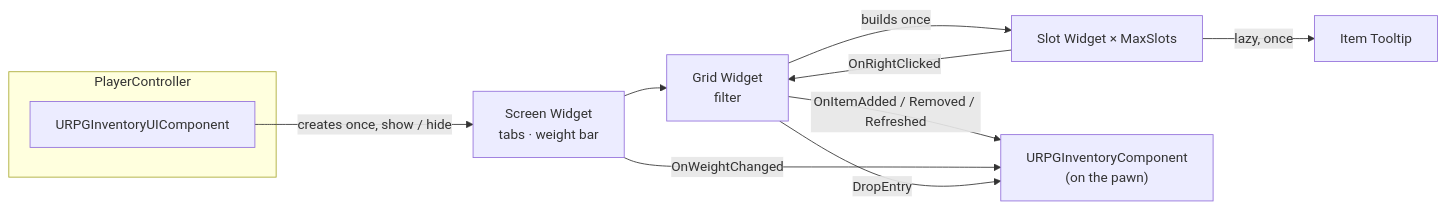
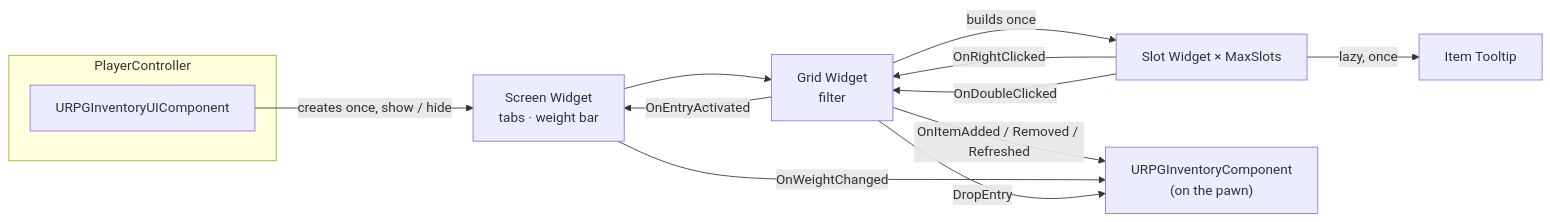
Before and after one commit to eren-pekdemir/RPGTemplate: the second of 2 diagrams in Inventory.md, drawn with Mermaid. The commit also changed other lines of this file and 2 other files, not shown here.

````diff
--- a/Inventory.md
+++ b/Inventory.md
@@ -158,20 +158,22 @@
 ```mermaid
 graph LR
     subgraph PlayerController
         UIComp["URPGInventoryUIComponent"]
     end
     Screen["Screen Widget<br/>tabs · weight bar"]
     Grid["Grid Widget<br/>filter"]
     Slot["Slot Widget × MaxSlots"]
     Tip["Item Tooltip"]
     Inv["URPGInventoryComponent<br/>(on the pawn)"]
 
     UIComp -- "creates once, show / hide" --> Screen
     Screen --> Grid
     Grid -- "builds once" --> Slot
     Slot -- "lazy, once" --> Tip
     Grid -- "OnItemAdded / Removed / Refreshed" --> Inv
     Screen -- "OnWeightChanged" --> Inv
     Slot -- "OnRightClicked" --> Grid
     Grid -- "DropEntry" --> Inv
+    Slot -- "OnDoubleClicked" --> Grid
+    Grid -- "OnEntryActivated" --> Screen
 ```
````
